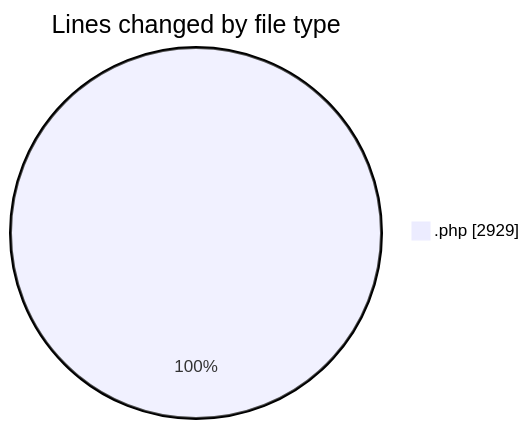
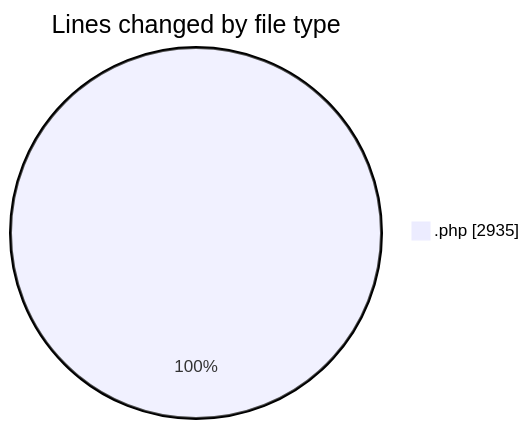
One commit to LanceThiago/code-tracking changed the first of 2 diagrams in 2026-09-09/fz3temp-2/README.md. Above: the diagram before and after it, drawn with Mermaid. The commit also changed other lines of this file and 1 other file, not shown here.

````diff
--- a/2026-09-09/fz3temp-2/README.md
+++ b/2026-09-09/fz3temp-2/README.md
@@ -34,5 +34,5 @@
 ```mermaid
 pie showData
 title Lines changed by file type
-".php" : 2929
+".php" : 2935
 ```
````
